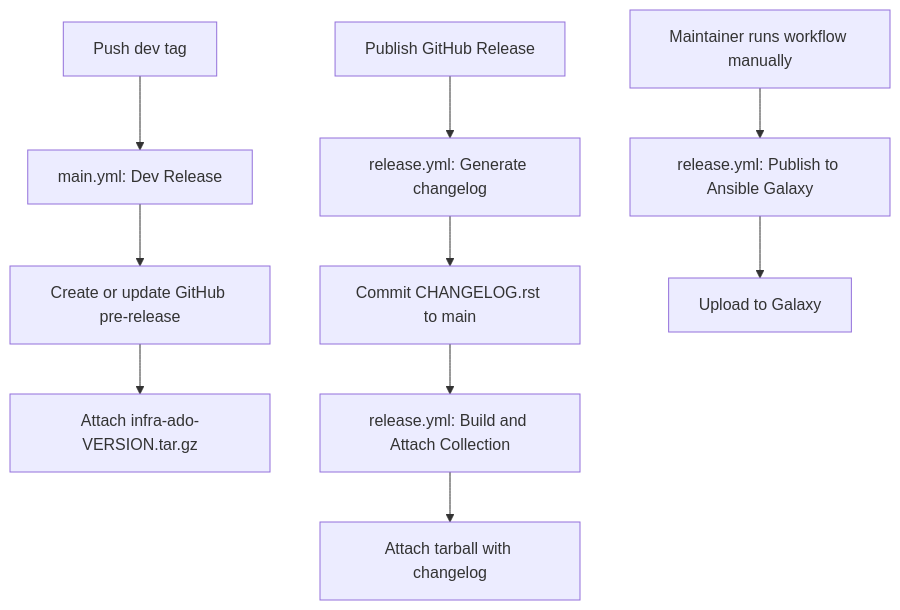
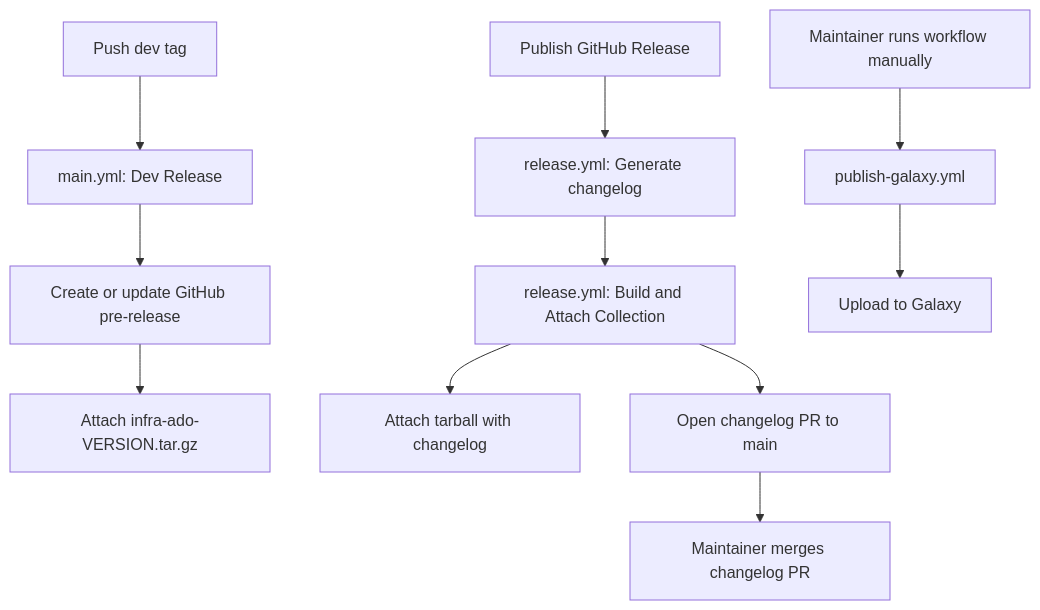
Before and after one commit to Automation-Development-Office/ado: the second of 2 diagrams in .github/README.md, drawn with Mermaid. The commit also changed other lines of this file and 5 other files, not shown here.

````diff
--- a/.github/README.md
+++ b/.github/README.md
@@ -542,14 +566,15 @@
 ```mermaid
 flowchart TD
   devTag[Push dev tag] --> devJob[main.yml: Dev Release]
   devJob --> preRelease[Create or update GitHub pre-release]
   preRelease --> devAsset[Attach infra-ado-VERSION.tar.gz]
 
   publishRelease[Publish GitHub Release] --> changelogJob[release.yml: Generate changelog]
-  changelogJob --> commitMain[Commit CHANGELOG.rst to main]
-  commitMain --> assetJob[release.yml: Build and Attach Collection]
+  changelogJob --> assetJob[release.yml: Build and Attach Collection]
   assetJob --> officialAsset[Attach tarball with changelog]
+  assetJob --> changelogPR[Open changelog PR to main]
+  changelogPR --> mergePR[Maintainer merges changelog PR]
 
-  manualGalaxy[Maintainer runs workflow manually] --> galaxyJob[release.yml: Publish to Ansible Galaxy]
+  manualGalaxy[Maintainer runs workflow manually] --> galaxyJob[publish-galaxy.yml]
   galaxyJob --> galaxy[Upload to Galaxy]
 ```
````
